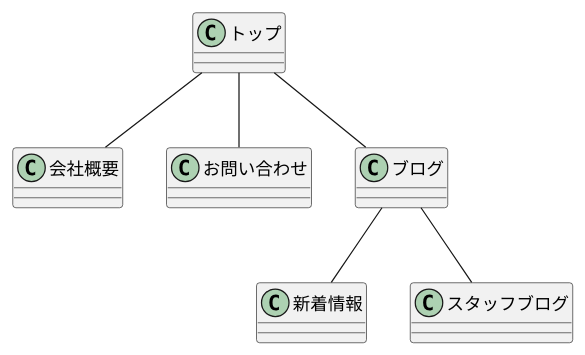
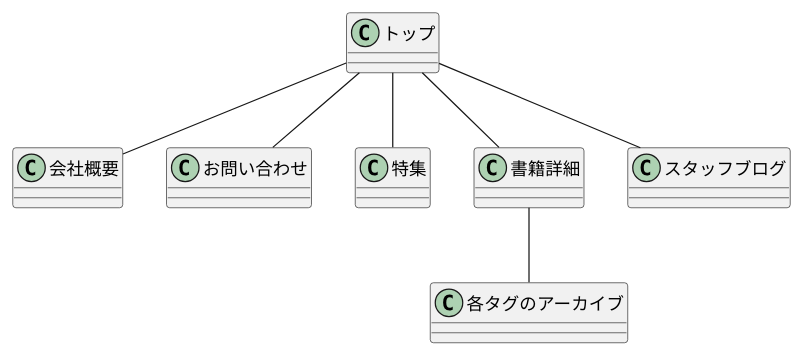
One commit to zakzakst/sample-site changed the diagram in 01/サイト設計.md. Above: the diagram before and after it, drawn with PlantUML. The commit also changed other lines of this file and 1 other file, not shown here.

````diff
--- a/01/サイト設計.md
+++ b/01/サイト設計.md
@@ -38,9 +40,10 @@
 ```puml
 @startuml
 トップ -- 会社概要
 トップ -- お問い合わせ
-トップ -- ブログ
-ブログ -- 新着情報
-ブログ -- スタッフブログ
+トップ -- 特集
+トップ -- 書籍詳細
+トップ -- スタッフブログ
+書籍詳細 -- 各タグのアーカイブ
 @enduml
 ```
````
